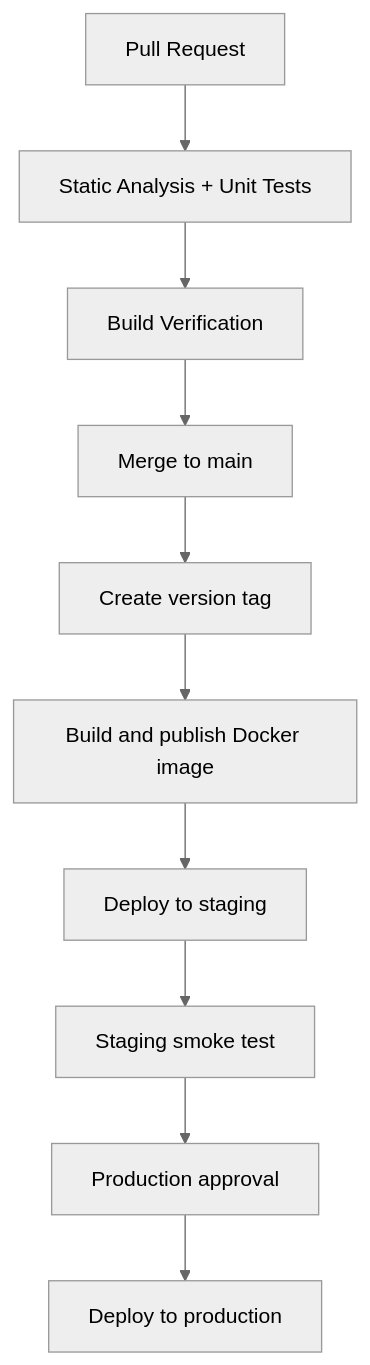
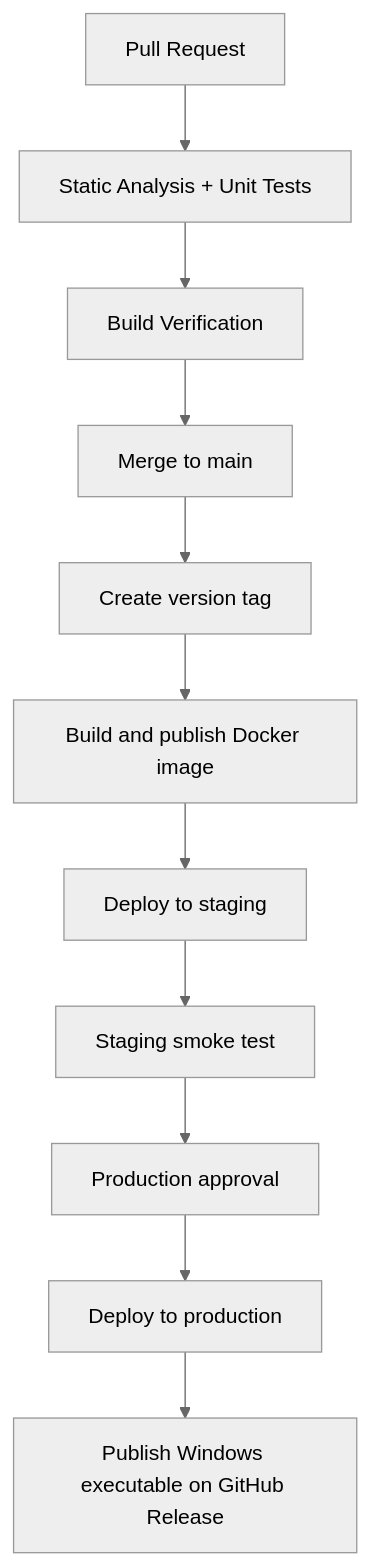
One commit to rayan967/Calculator-app changed the diagram in README.md. Above: the diagram before and after it, drawn with Mermaid (neutral theme). The commit also changed other lines of this file and 3 other files, not shown here.

Commit message:
Add Windows executable build and deployment workflow

````diff
--- a/README.md
+++ b/README.md
@@ -153,12 +159,13 @@
 ```mermaid
 flowchart TD
     PR[Pull Request] --> Checks[Static Analysis + Unit Tests]
     Checks --> Verify[Build Verification]
     Verify --> Merge[Merge to main]
     Merge --> Tag[Create version tag]
     Tag --> Publish[Build and publish Docker image]
     Publish --> Staging[Deploy to staging]
     Staging --> Smoke[Staging smoke test]
     Smoke --> Approval[Production approval]
     Approval --> Production[Deploy to production]
+    Production --> Release[Publish Windows executable on GitHub Release]
 ```
````
